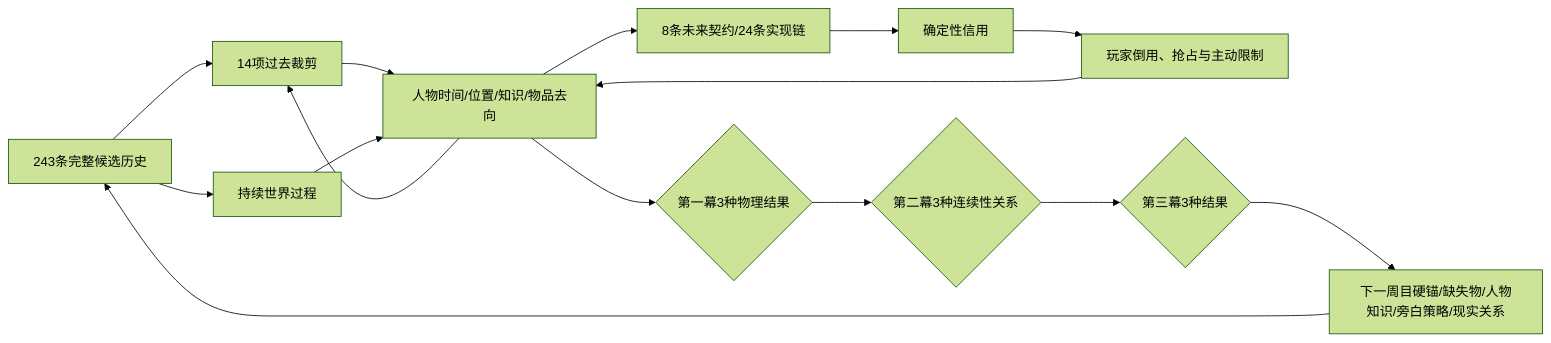
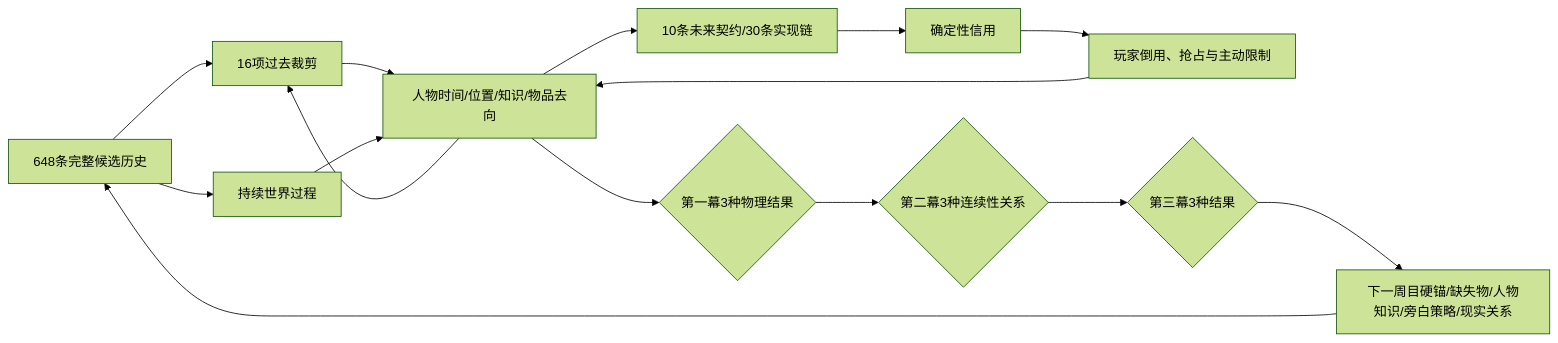
Before and after one commit to H4S2O8/narrator-demo: the diagram in docs/RELATION_GRAPH.md, drawn with Mermaid (forest theme). The commit also changed 23 other files, not shown here.

````diff
--- a/docs/RELATION_GRAPH.md
+++ b/docs/RELATION_GRAPH.md
@@ -3,17 +3,17 @@
 ```mermaid
 flowchart LR
-  T0[243条完整候选历史] --> H[14项过去裁剪]
+  T0[648条完整候选历史] --> H[16项过去裁剪]
   T0 --> W[持续世界过程]
   H --> K[人物时间/位置/知识/物品去向]
   W --> K
-  P[8条未来契约/24条实现链] --> C[确定性信用]
+  P[10条未来契约/30条实现链] --> C[确定性信用]
   C --> A[玩家倒用、抢占与主动限制]
   A --> K
   K --> H
   K --> P
   K --> R1{第一幕3种物理结果}
   R1 --> R2{第二幕3种连续性关系}
   R2 --> R3{第三幕3种结果}
   R3 --> N[下一周目硬锚/缺失物/人物知识/旁白策略/现实关系]
   N --> T0
 ```
````
